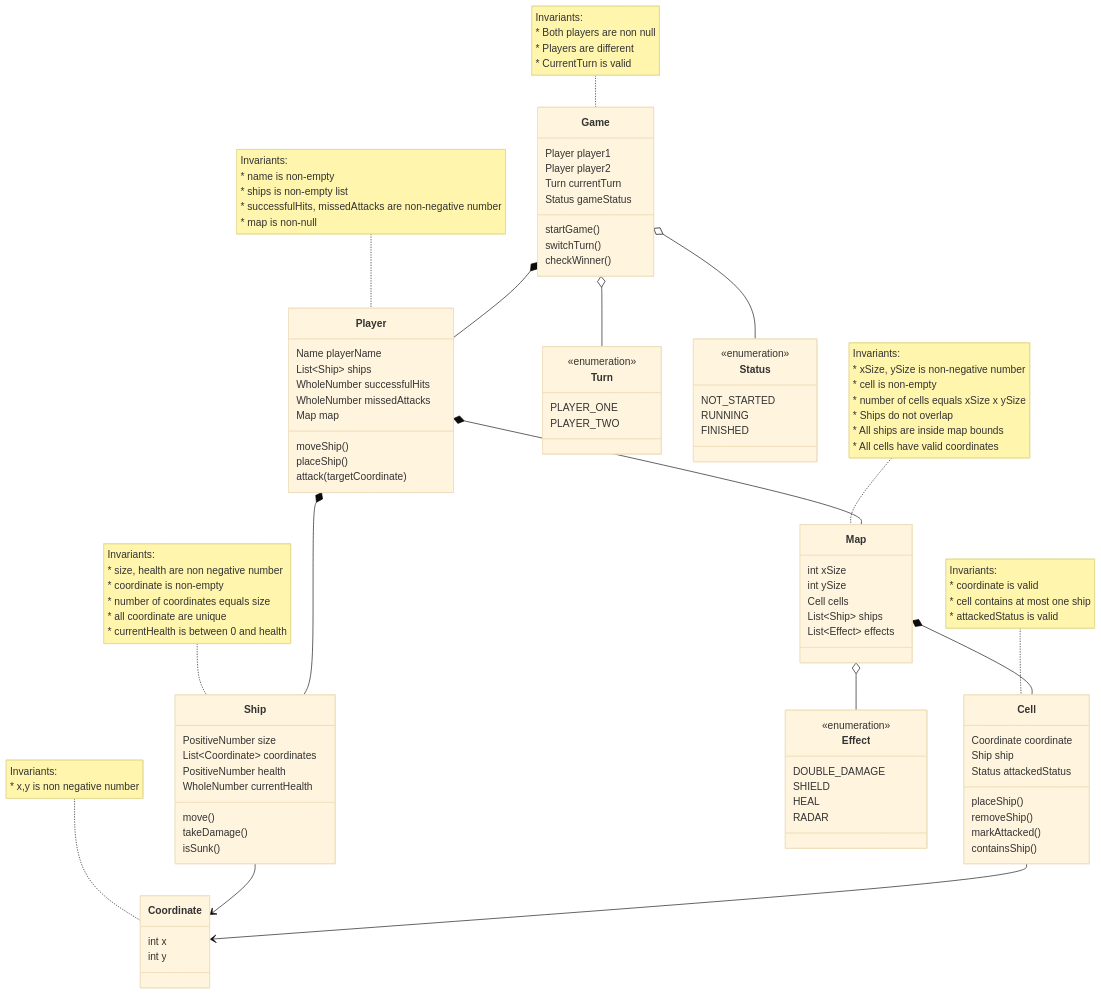
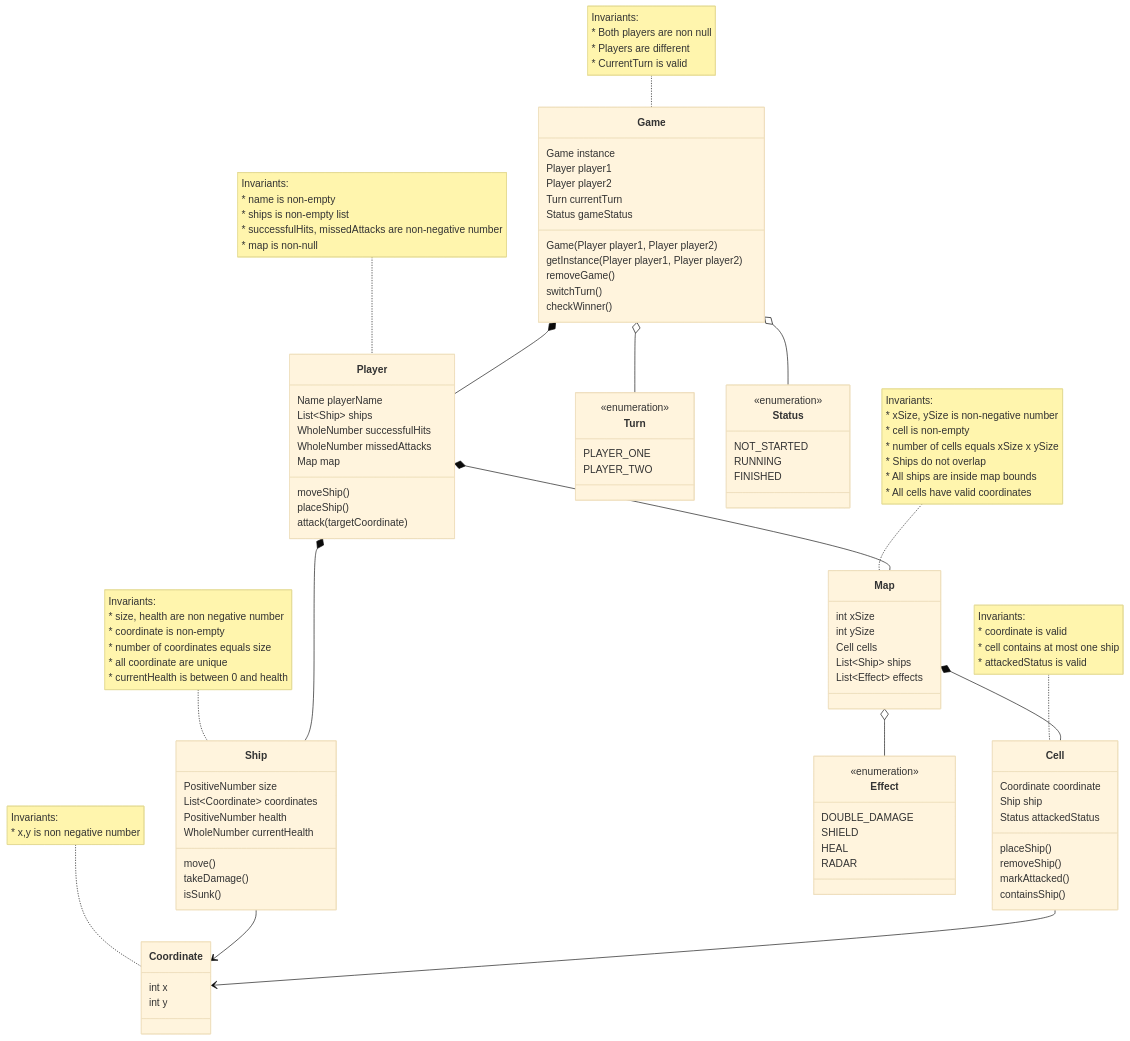
One commit to ThienTang923/COMP-2450-Battleship changed the diagram in README.md. Above: the diagram before and after it, drawn with Mermaid (base theme). The commit also changed other lines of this file and 1 other file, not shown here.

Commit message:
Update some method in Game and also update for README.md

```diff
--- a/README.md
+++ b/README.md
@@ -120,12 +149,16 @@
     }
     
     class Game {
+        Game instance
         Player player1
         Player player2
         Turn currentTurn
         Status gameStatus
         
-        startGame()
+        Game(Player player1, Player player2)
+        getInstance(Player player1, Player player2)
+        removeGame()
+        
         switchTurn()
         checkWinner()
     }
```
